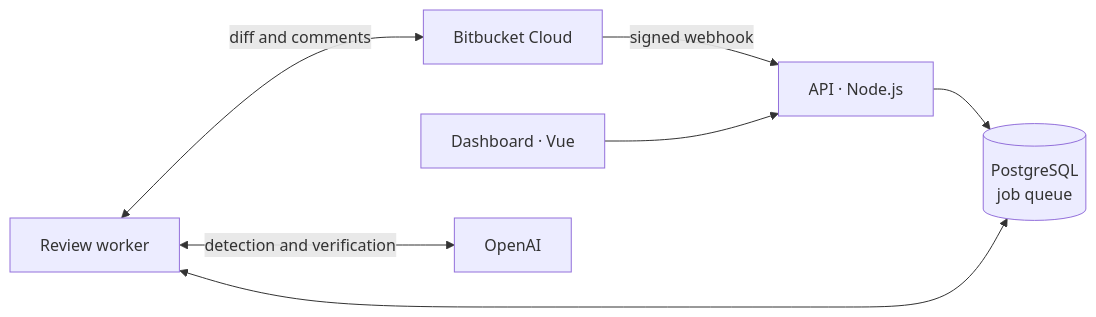
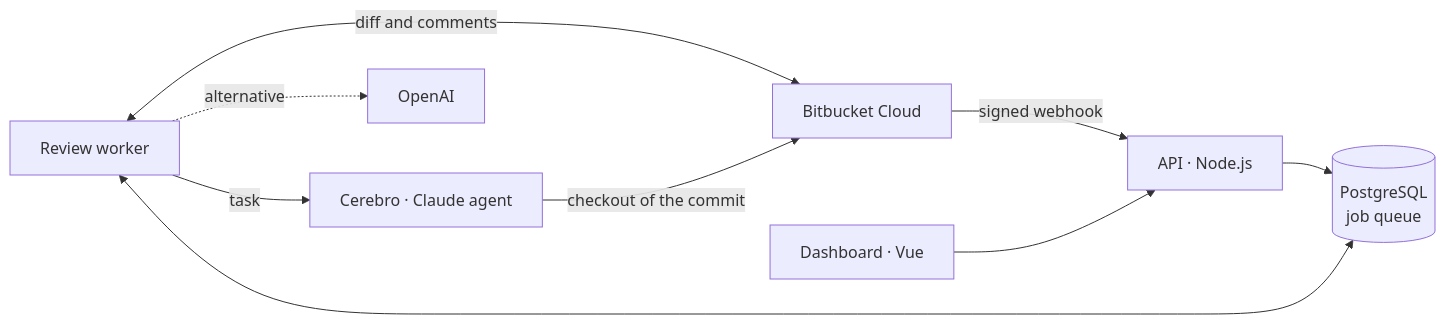
Before and after one commit to Dasge97/sancho: the diagram in README.md, drawn with Mermaid. The commit also changed other lines of this file and 3 other files, not shown here.

````diff
--- a/README.md
+++ b/README.md
@@ -130,9 +133,11 @@
 ```mermaid
 flowchart LR
     BB["Bitbucket Cloud"] -->|signed webhook| API["API · Node.js"]
     Panel["Dashboard · Vue"] --> API
     API --> DB[("PostgreSQL<br>job queue")]
     Worker["Review worker"] <--> DB
     Worker <-->|diff and comments| BB
-    Worker <-->|detection and verification| AI["OpenAI"]
+    Worker -->|task| Brain["Cerebro · Claude agent"]
+    Brain -->|checkout of the commit| BB
+    Worker -.->|alternative| AI["OpenAI"]
 ```
````
